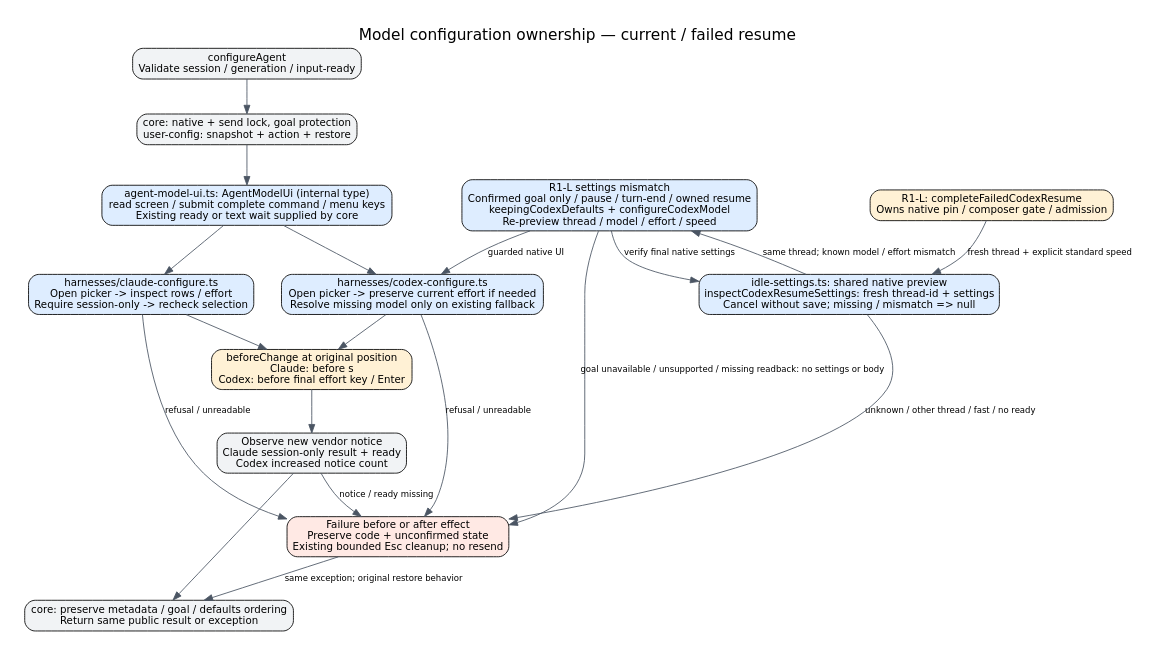
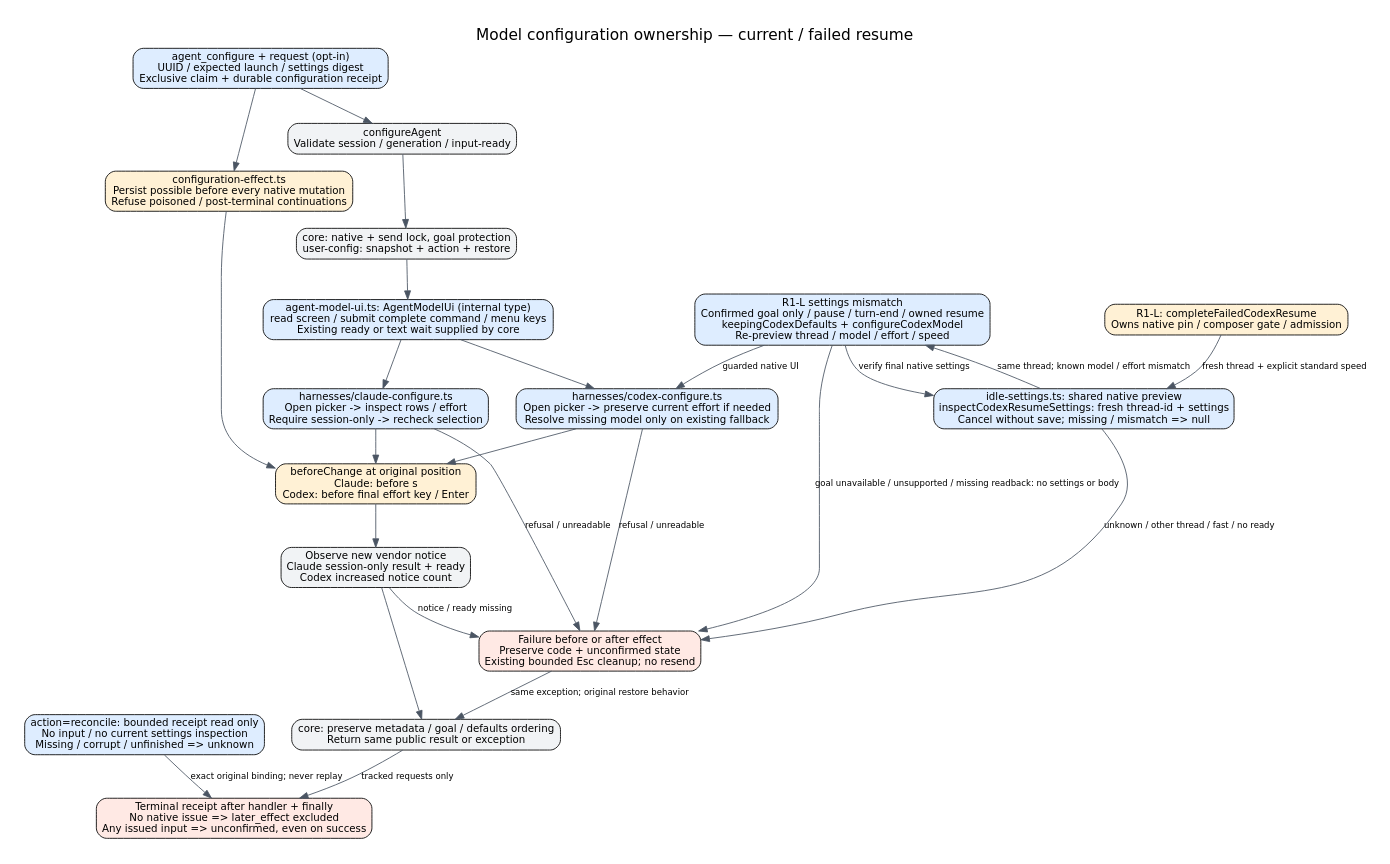
One commit to kitepon/aiterm-mcp changed the diagram in docs/architecture/model-configuration.dot. Above: the diagram before and after it, drawn with Graphviz. The commit also changed 20 other files, not shown here.

Commit message:
Add request-bound configuration receipts and read-only reconciliation

```diff
--- a/docs/architecture/model-configuration.dot
+++ b/docs/architecture/model-configuration.dot
@@ -1,38 +1,47 @@
 digraph configuration {
  graph [rankdir=TB,bgcolor="white",pad=0.3,nodesep=0.45,ranksep=0.55,fontname="DejaVu Sans",fontsize=18,label="Model configuration ownership — current / failed resume",labelloc=t];
  node [shape=box,style="rounded,filled",fillcolor="#f1f3f5",fontname="DejaVu Sans",fontsize=12];
  edge [fontname="DejaVu Sans",fontsize=10,color="#4b5563"];
  request [label="configureAgent\nValidate session / generation / input-ready"];
+ tracked [label="agent_configure + request (opt-in)\nUUID / expected launch / settings digest\nExclusive claim + durable configuration receipt",fillcolor="#deedff"];
+ effect_guard [label="configuration-effect.ts\nPersist possible before every native mutation\nRefuse poisoned / post-terminal continuations",fillcolor="#fff1d5"];
+ reconcile [label="action=reconcile: bounded receipt read only\nNo input / no current settings inspection\nMissing / corrupt / unfinished => unknown",fillcolor="#deedff"];
+ receipt [label="Terminal receipt after handler + finally\nNo native issue => later_effect excluded\nAny issued input => unconfirmed, even on success",fillcolor="#ffe9e4"];
+ tracked -> request;
+ tracked -> effect_guard;
+ effect_guard -> sideeffect;
+ result -> receipt [label="tracked requests only"];
+ reconcile -> receipt [label="exact original binding; never replay"];
  lock [label="core: native + send lock, goal protection\nuser-config: snapshot + action + restore"];
  port [label="agent-model-ui.ts: AgentModelUi (internal type)\nread screen / submit complete command / menu keys\nExisting ready or text wait supplied by core",fillcolor="#deedff"];
  claude [label="harnesses/claude-configure.ts\nOpen picker -> inspect rows / effort\nRequire session-only -> recheck selection",fillcolor="#deedff"];
  codex [label="harnesses/codex-configure.ts\nOpen picker -> preserve current effort if needed\nResolve missing model only on existing fallback",fillcolor="#deedff"];
  sideeffect [label="beforeChange at original position\nClaude: before s\nCodex: before final effort key / Enter",fillcolor="#fff1d5"];
  observe [label="Observe new vendor notice\nClaude session-only result + ready\nCodex increased notice count"];
  result [label="core: preserve metadata / goal / defaults ordering\nReturn same public result or exception"];
  failure [label="Failure before or after effect\nPreserve code + unconfirmed state\nExisting bounded Esc cleanup; no resend",fillcolor="#ffe9e4"];
  preview [label="idle-settings.ts: shared native preview\ninspectCodexResumeSettings: fresh thread-id + settings\nCancel without save; missing / mismatch => null",fillcolor="#deedff"];
  repair [label="R1-L: completeFailedCodexResume\nOwns native pin / composer gate / admission",style="rounded,filled",fillcolor="#fff1d5"];
  repair -> preview [label="fresh thread + explicit standard speed"];
  restore_resume [label="R1-L settings mismatch
 Confirmed goal only / pause / turn-end / owned resume
 keepingCodexDefaults + configureCodexModel
 Re-preview thread / model / effort / speed",fillcolor="#deedff"];
  preview -> restore_resume [label="same thread; known model / effort mismatch"];
  restore_resume -> codex [label="guarded native UI"];
  restore_resume -> failure [label="goal unavailable / unsupported / missing readback: no settings or body"];
  restore_resume -> preview [label="verify final native settings"];
  preview -> failure [label="unknown / other thread / fast / no ready"];
  request -> lock;
  lock -> port;
  port -> claude;
  port -> codex;
  claude -> sideeffect;
  codex -> sideeffect;
  sideeffect -> observe;
  observe -> result;
  claude -> failure [label="refusal / unreadable"];
  codex -> failure [label="refusal / unreadable"];
  observe -> failure [label="notice / ready missing"];
  failure -> result [label="same exception; original restore behavior"];
 }
```
